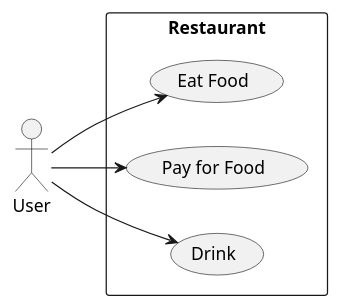
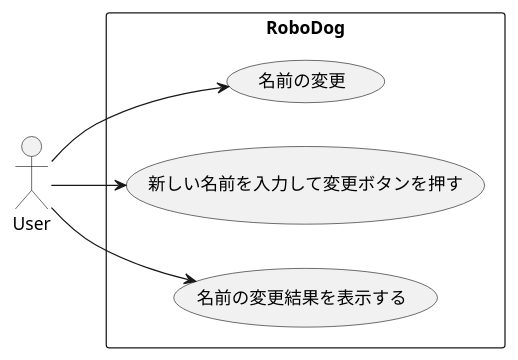
One commit to ko246/ohara_uml changed the diagram in group/06_robo_dog_3/ユースケース図/usecase.pu. Above: the diagram before and after it, drawn with PlantUML.

Commit message:
usecase 名前の変更

```diff
--- a/group/06_robo_dog_3/ユースケース図/usecase.pu
+++ b/group/06_robo_dog_3/ユースケース図/usecase.pu
@@ -1,12 +1,12 @@
-@startuml
+@startuml 名前変更
 left to right direction
 actor "User" as fc
-rectangle Restaurant {
-  usecase "Eat Food" as UC1
-  usecase "Pay for Food" as UC2
-  usecase "Drink" as UC3
+rectangle RoboDog {
+  usecase "名前の変更" as UC1
+  usecase "新しい名前を入力して変更ボタンを押す" as UC2
+  usecase "名前の変更結果を表示する" as UC3
 }
 fc --> UC1
 fc --> UC2
 fc --> UC3
 @enduml
```
